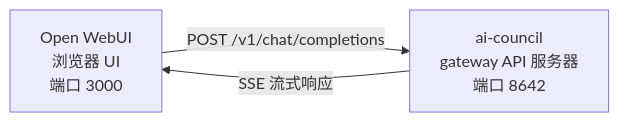
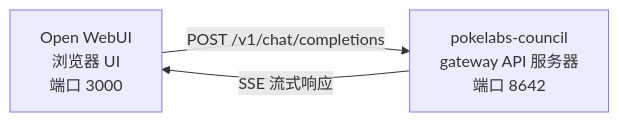
One commit to pokelabshq/council changed the diagram in website/i18n/zh-Hans/docusaurus-plugin-content-docs/current/user-guide/messaging/open-webui.md. Above: the diagram before and after it, drawn with Mermaid. The commit also changed other lines of this file and 332 other files, not shown here.

````diff
--- a/website/i18n/zh-Hans/docusaurus-plugin-content-docs/current/user-guide/messaging/open-webui.md
+++ b/website/i18n/zh-Hans/docusaurus-plugin-content-docs/current/user-guide/messaging/open-webui.md
@@ -13,7 +13,7 @@
 ```mermaid
 flowchart LR
     A["Open WebUI<br/>浏览器 UI<br/>端口 3000"]
-    B["ai-council<br/>gateway API 服务器<br/>端口 8642"]
+    B["pokelabs-council<br/>gateway API 服务器<br/>端口 8642"]
     A -->|POST /v1/chat/completions| B
     B -->|SSE 流式响应| A
 ```
````
